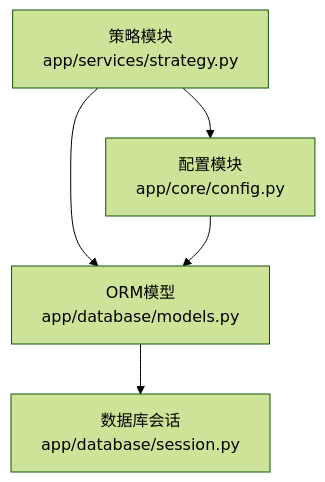
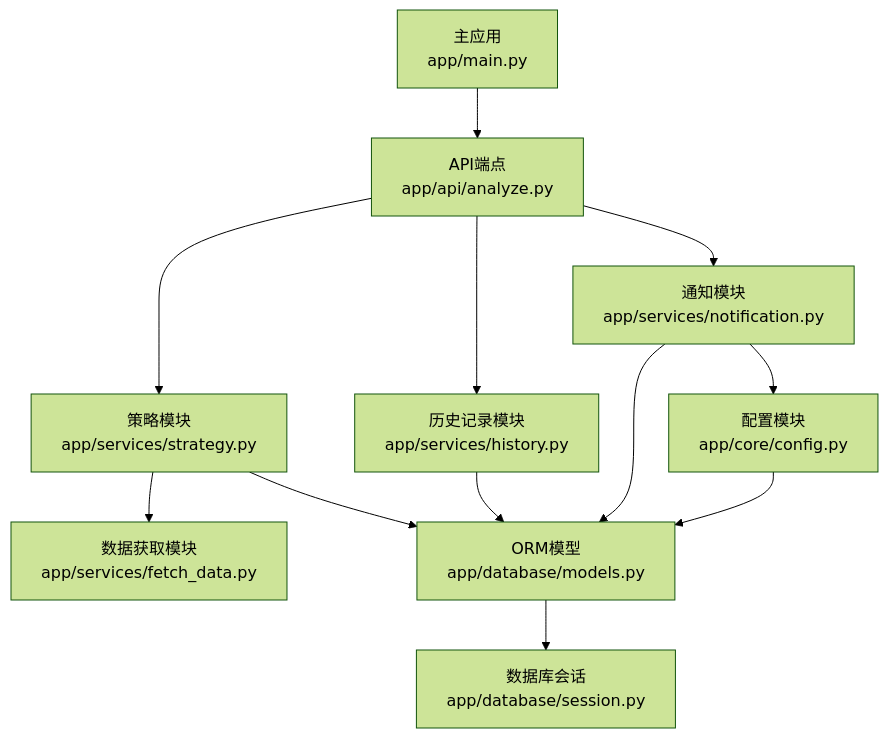
One commit to raymodny-ai/The-Modern-Turtle-Protocol changed the fourth of 4 diagrams in .qoder/repowiki/zh/content/核心功能模块/通知模块.md. Above: the diagram before and after it, drawn with Mermaid (forest theme). The commit also changed other lines of this file and 15 other files, not shown here.

````diff
--- a/.qoder/repowiki/zh/content/核心功能模块/通知模块.md
+++ b/.qoder/repowiki/zh/content/核心功能模块/通知模块.md
@@ -234,11 +292,23 @@
 ```mermaid
 graph TB
 STRATEGY["策略模块<br/>app/services/strategy.py"]
+FETCH["数据获取模块<br/>app/services/fetch_data.py"]
+HISTORY["历史记录模块<br/>app/services/history.py"]
+NOTIF["通知模块<br/>app/services/notification.py"]
 CONFIG["配置模块<br/>app/core/config.py"]
 MODELS["ORM模型<br/>app/database/models.py"]
 SESSION["数据库会话<br/>app/database/session.py"]
-STRATEGY --> CONFIG
+API["API端点<br/>app/api/analyze.py"]
+MAIN["主应用<br/>app/main.py"]
+API --> STRATEGY
+STRATEGY --> FETCH
 STRATEGY --> MODELS
+API --> HISTORY
+HISTORY --> MODELS
+API --> NOTIF
+NOTIF --> CONFIG
+NOTIF --> MODELS
 MODELS --> SESSION
 CONFIG --> MODELS
+MAIN --> API
 ```
````
